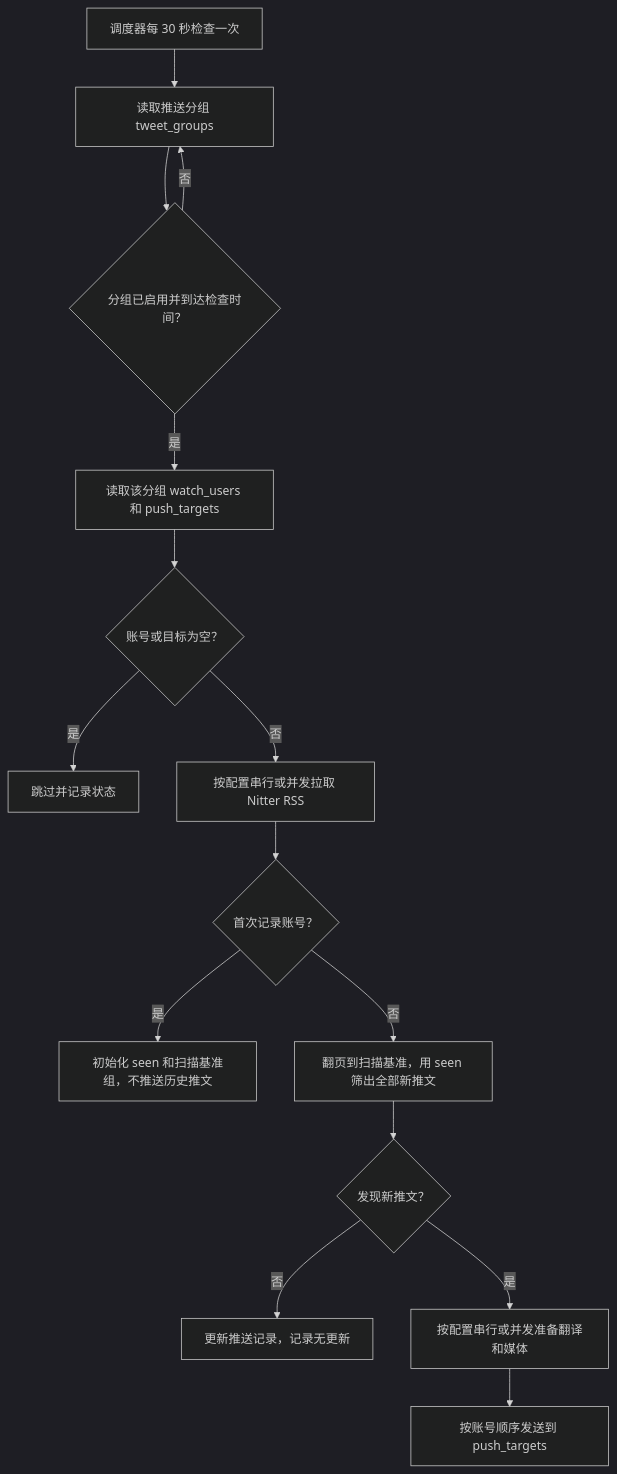
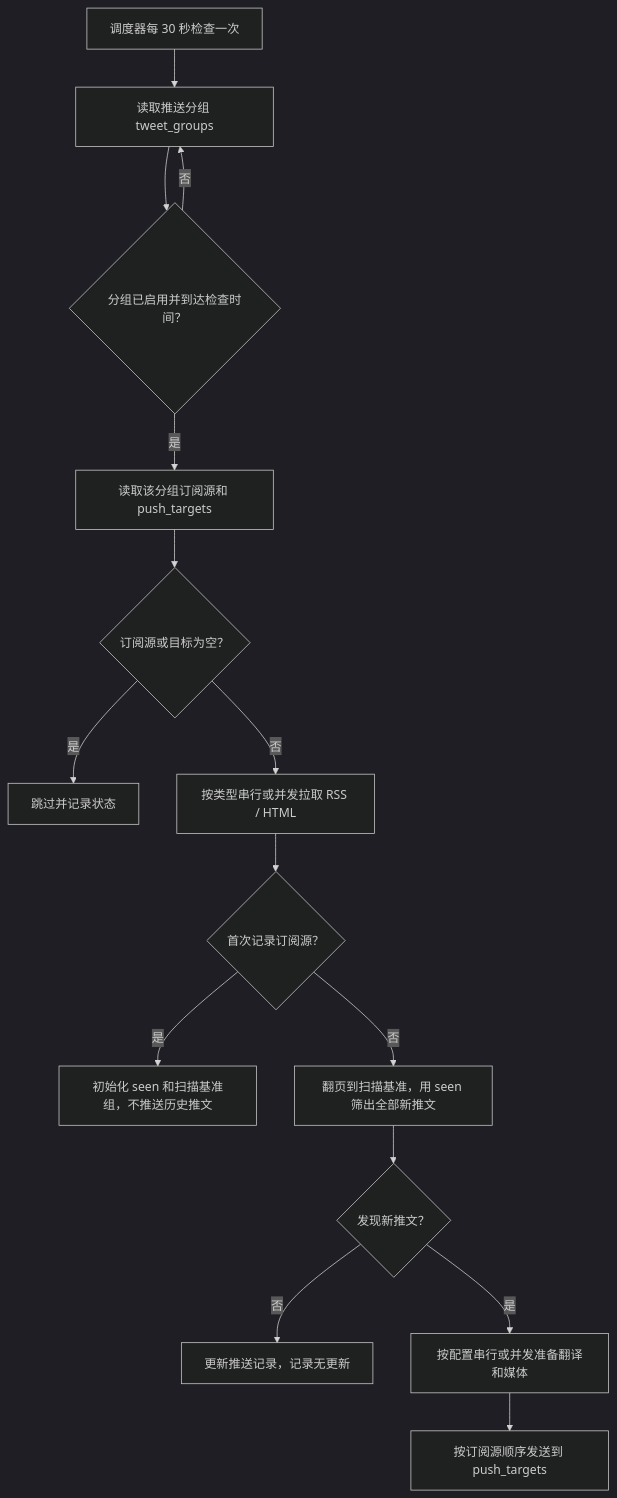
The first of 3 diagrams in docs/advanced.md (shitianyaa/astrbot_plugin_nitter_tweets), drawn with Mermaid (dark theme) before and after one commit. The commit also changed other lines of this file and 106 other files, not shown here.

````diff
--- a/docs/advanced.md
+++ b/docs/advanced.md
@@ -27,17 +27,17 @@
 ```mermaid
 flowchart TD
     A["调度器每 30 秒检查一次"] --> B["读取推送分组 tweet_groups"]
     B --> C{"分组已启用并到达检查时间？"}
     C -->|否| B
-    C -->|是| D["读取该分组 watch_users 和 push_targets"]
-    D --> E{"账号或目标为空？"}
+    C -->|是| D["读取该分组订阅源和 push_targets"]
+    D --> E{"订阅源或目标为空？"}
     E -->|是| F["跳过并记录状态"]
-    E -->|否| G["按配置串行或并发拉取 Nitter RSS"]
-    G --> H{"首次记录账号？"}
+    E -->|否| G["按类型串行或并发拉取 RSS / HTML"]
+    G --> H{"首次记录订阅源？"}
     H -->|是| I["初始化 seen 和扫描基准组，不推送历史推文"]
     H -->|否| J["翻页到扫描基准，用 seen 筛出全部新推文"]
     J --> K{"发现新推文？"}
     K -->|否| L["更新推送记录，记录无更新"]
     K -->|是| M["按配置串行或并发准备翻译和媒体"]
-    M --> O["按账号顺序发送到 push_targets"]
+    M --> O["按订阅源顺序发送到 push_targets"]
 ```
````
